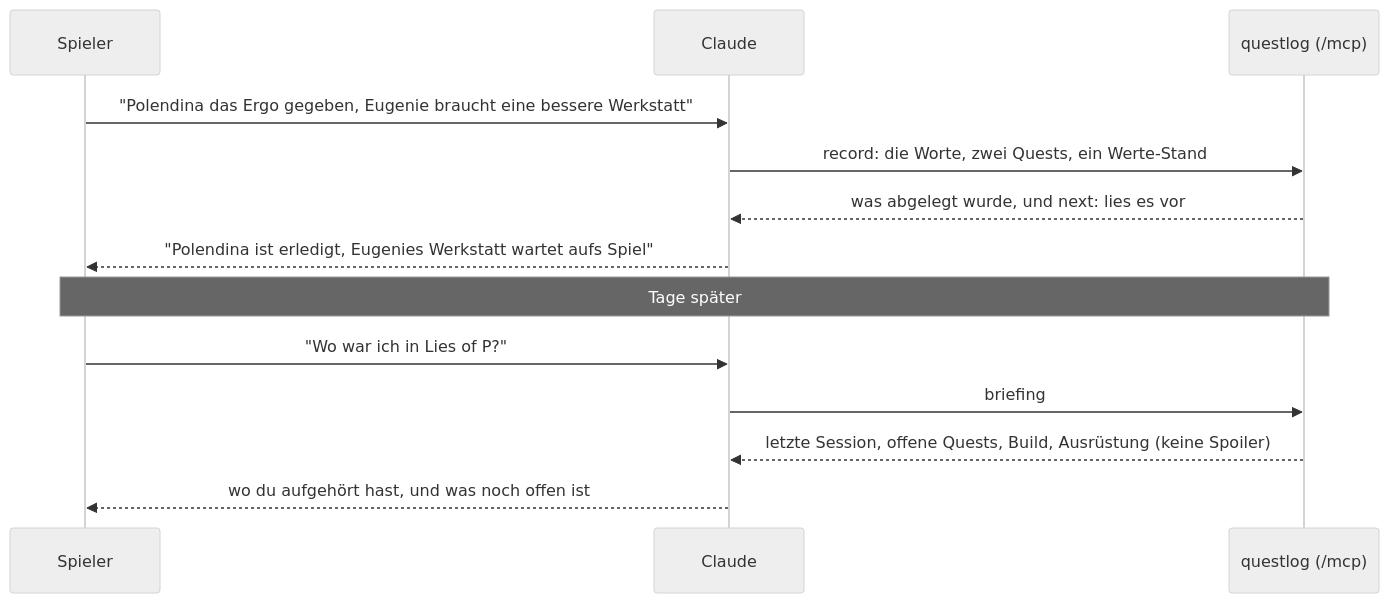
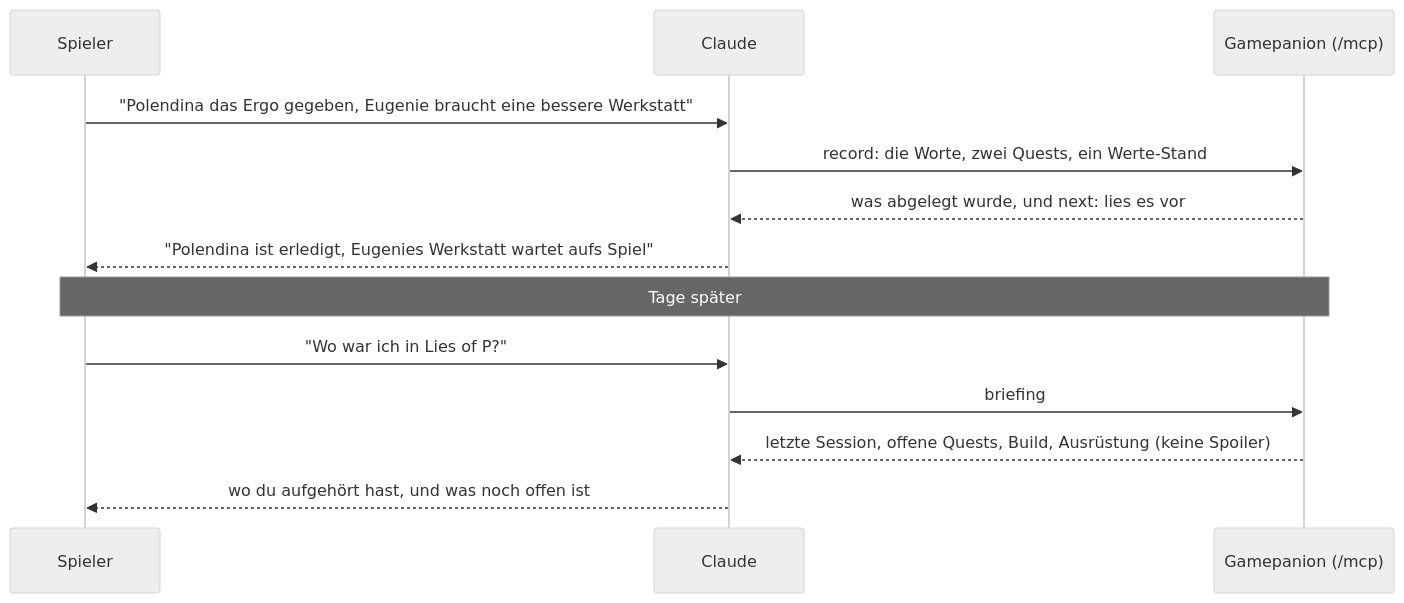
One commit to Marceltov/questlog changed the diagram in docs/index.de.md. Above: the diagram before and after it, drawn with Mermaid (neutral theme). The commit also changed other lines of this file and 66 other files, not shown here.

````diff
--- a/docs/index.de.md
+++ b/docs/index.de.md
@@ -22,15 +22,15 @@
 ```mermaid
 sequenceDiagram
   participant P as Spieler
   participant C as Claude
-  participant Q as questlog (/mcp)
+  participant Q as Gamepanion (/mcp)
   P->>C: "Polendina das Ergo gegeben, Eugenie braucht eine bessere Werkstatt"
   C->>Q: record: die Worte, zwei Quests, ein Werte-Stand
   Q-->>C: was abgelegt wurde, und next: lies es vor
   C-->>P: "Polendina ist erledigt, Eugenies Werkstatt wartet aufs Spiel"
   Note over P,Q: Tage später
   P->>C: "Wo war ich in Lies of P?"
   C->>Q: briefing
   Q-->>C: letzte Session, offene Quests, Build, Ausrüstung (keine Spoiler)
   C-->>P: wo du aufgehört hast, und was noch offen ist
 ```
````
